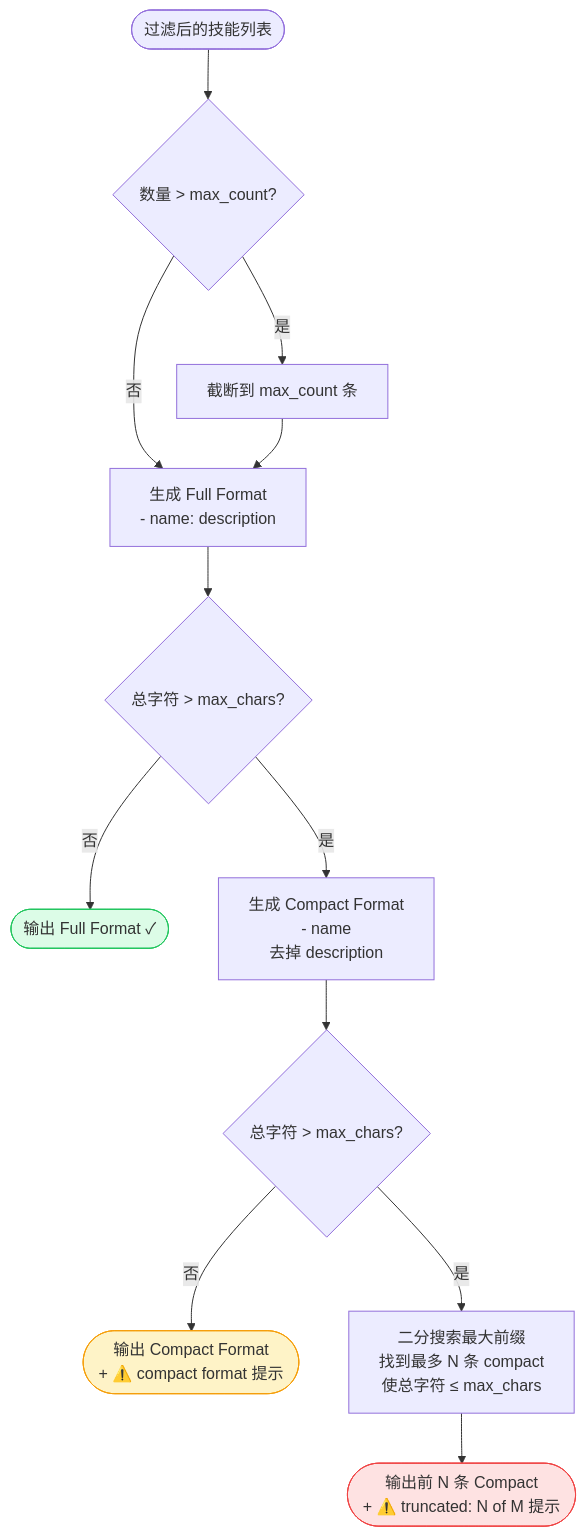
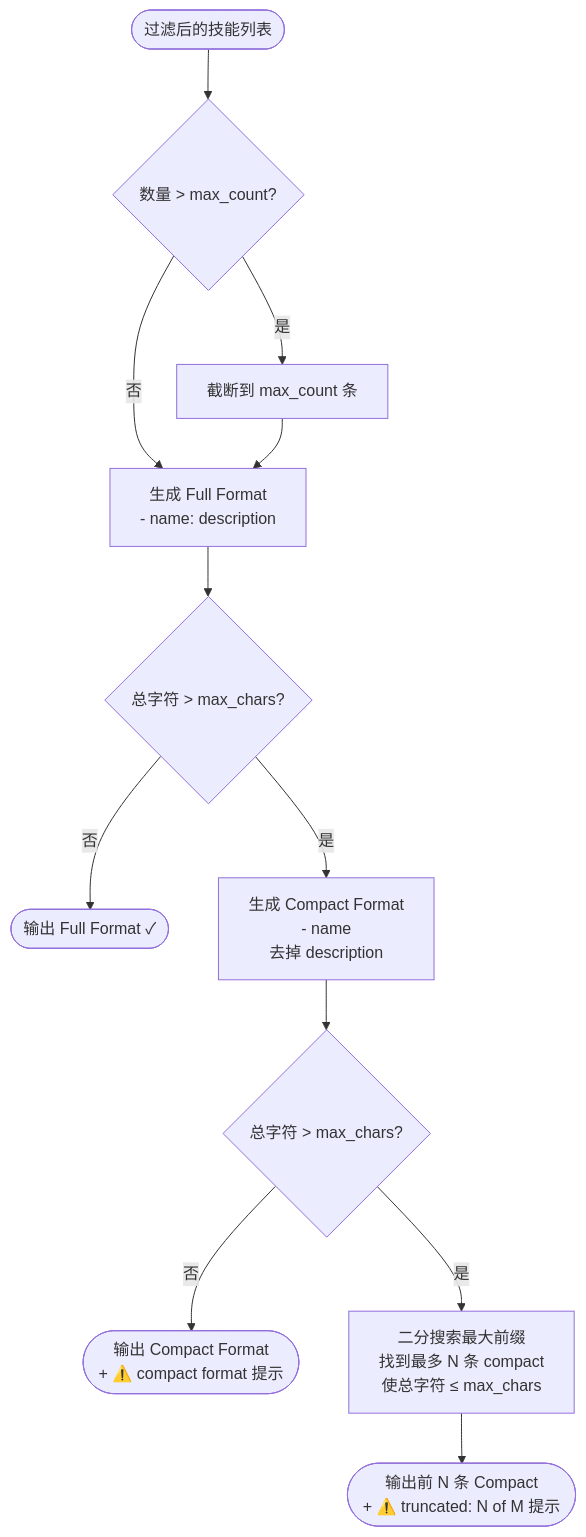
The ninth of 18 diagrams in docs/architecture/skill-system.md (shiwenwen/hope-agent), drawn with Mermaid before and after one commit. The commit also changed other lines of this file and 13 other files, not shown here.

First line of the commit message:
docs: 移除 mermaid 图表中的自定义背景色填充

````diff
--- a/docs/architecture/skill-system.md
+++ b/docs/architecture/skill-system.md
@@ -874,21 +856,18 @@
 ```mermaid
 flowchart TD
     INPUT(["过滤后的技能列表"]) --> COUNT{"数量 > max_count?"}
     COUNT -->|是| TRIM["截断到 max_count 条"]
     COUNT -->|否| FULL
     TRIM --> FULL
 
     FULL["生成 Full Format<br/>- name: description"] --> CHECK1{"总字符 > max_chars?"}
     CHECK1 -->|否| OUT_FULL(["输出 Full Format ✓"])
 
     CHECK1 -->|是| COMPACT["生成 Compact Format<br/>- name<br/>去掉 description"]
     COMPACT --> CHECK2{"总字符 > max_chars?"}
     CHECK2 -->|否| OUT_COMPACT(["输出 Compact Format<br/>+ ⚠️ compact format 提示"])
 
     CHECK2 -->|是| BSEARCH["二分搜索最大前缀<br/>找到最多 N 条 compact<br/>使总字符 ≤ max_chars"]
     BSEARCH --> OUT_TRUNC(["输出前 N 条 Compact<br/>+ ⚠️ truncated: N of M 提示"])
 
-    style OUT_FULL fill:#dcfce7,stroke:#22c55e
-    style OUT_COMPACT fill:#fef3c7,stroke:#f59e0b
-    style OUT_TRUNC fill:#fee2e2,stroke:#ef4444
 ```
````
